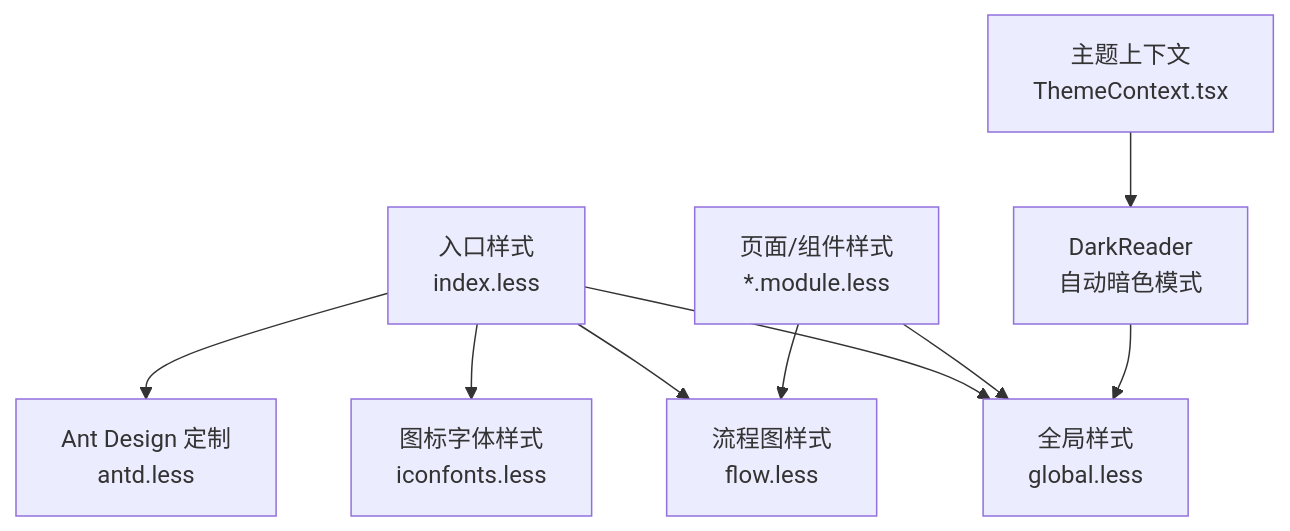
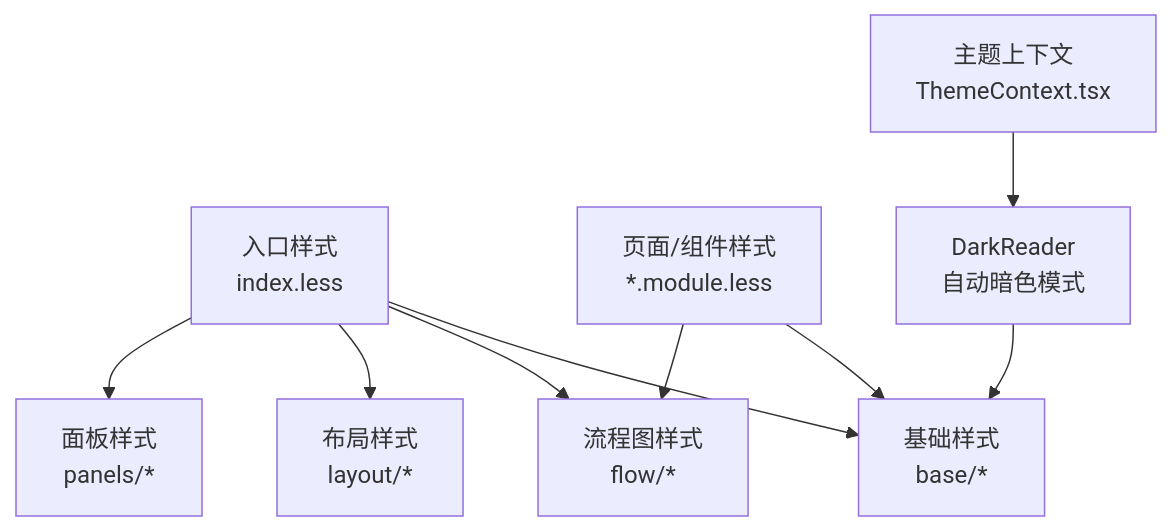
Before and after one commit to kqcoxn/MaaPipelineEditor: the first of 6 diagrams in .qoder/repowiki/zh/content/开发者指南/代码结构说明/前端架构设计/样式系统设计.md, drawn with Mermaid. The commit also changed other lines of this file and 19 other files, not shown here.

````diff
--- a/.qoder/repowiki/zh/content/开发者指南/代码结构说明/前端架构设计/样式系统设计.md
+++ b/.qoder/repowiki/zh/content/开发者指南/代码结构说明/前端架构设计/样式系统设计.md
@@ -47,11 +64,11 @@
 ```mermaid
 graph TB
-A["入口样式<br/>index.less"] --> B["全局样式<br/>global.less"]
-A --> C["图标字体样式<br/>iconfonts.less"]
-A --> D["流程图样式<br/>flow.less"]
-A --> E["Ant Design 定制<br/>antd.less"]
+A["入口样式<br/>index.less"] --> B["基础样式<br/>base/*"]
+A --> C["流程图样式<br/>flow/*"]
+A --> D["布局样式<br/>layout/*"]
+A --> E["面板样式<br/>panels/*"]
 F["页面/组件样式<br/>*.module.less"] --> B
-F --> D
+F --> C
 G["主题上下文<br/>ThemeContext.tsx"] --> H["DarkReader<br/>自动暗色模式"]
 H --> B
 ```
````
